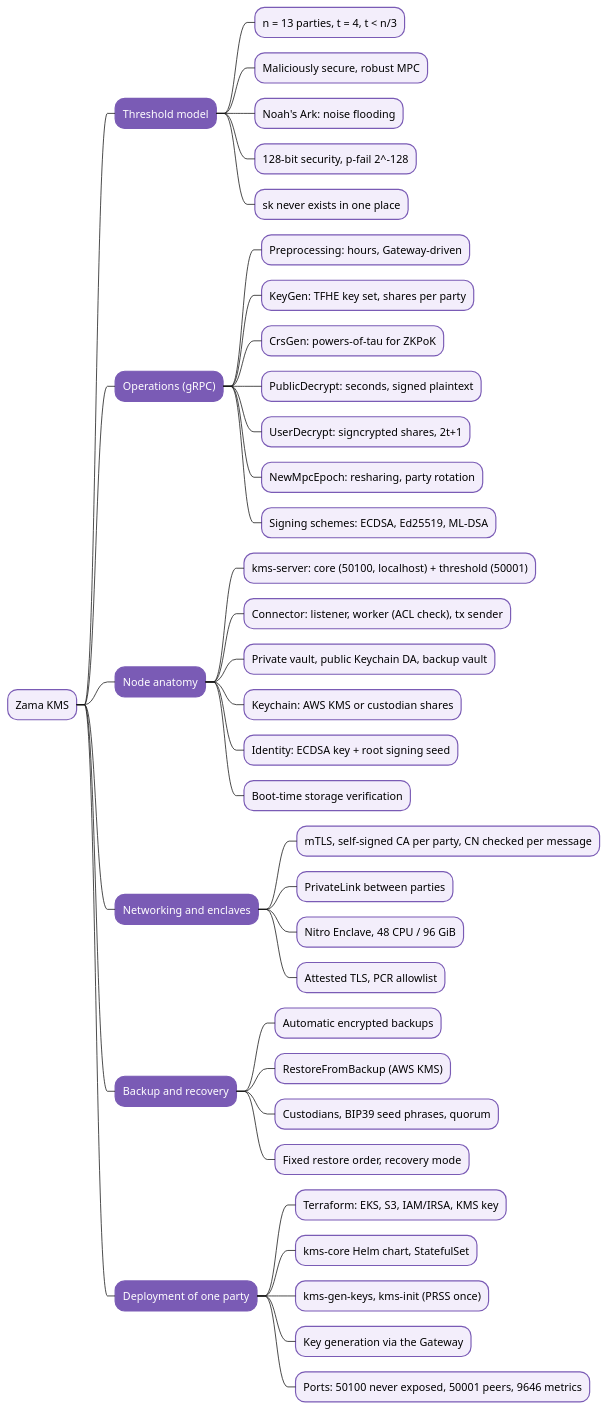
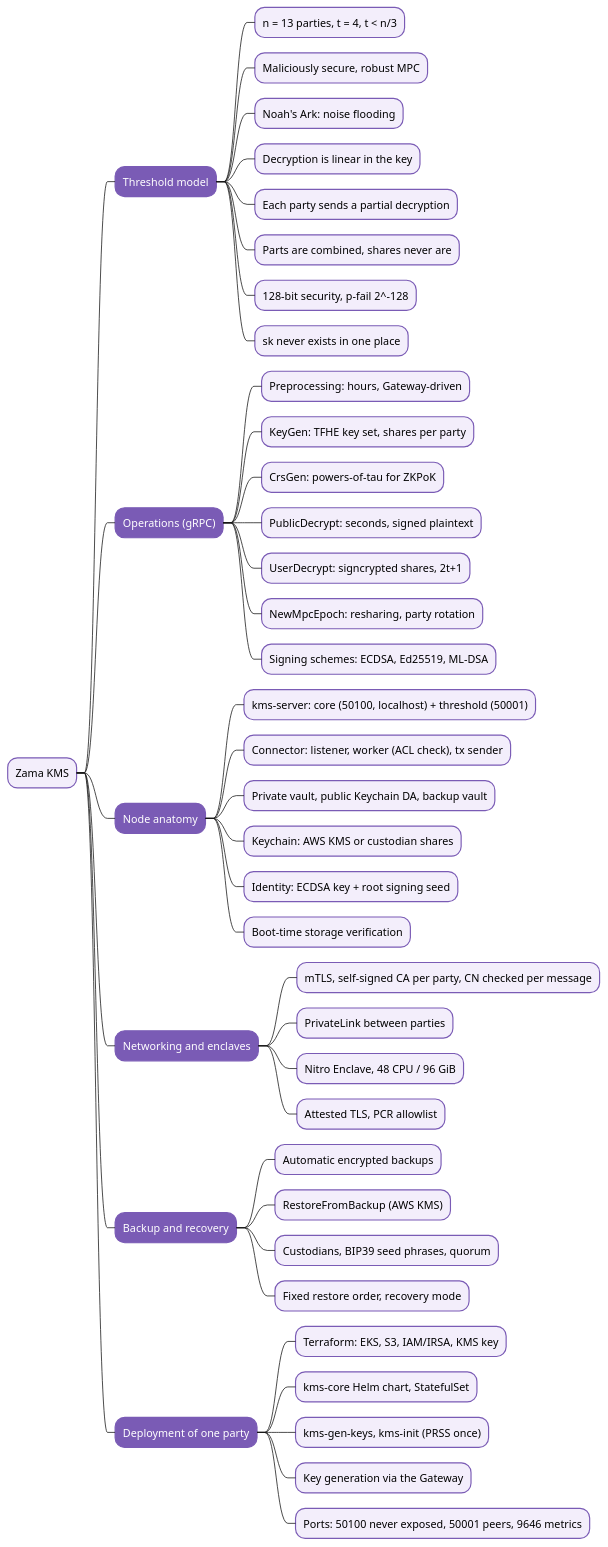
The diagram in assets/article/blockchain/zamafhe/2026-09-18-zama-kms-mindmap.puml (rya-sge/access-denied), drawn with PlantUML before and after one commit. The commit also changed 50 other files, not shown here.

```diff
--- a/assets/article/blockchain/zamafhe/2026-09-18-zama-kms-mindmap.puml
+++ b/assets/article/blockchain/zamafhe/2026-09-18-zama-kms-mindmap.puml
@@ -1,52 +1,55 @@
 @startmindmap
 <style>
 mindmapDiagram {
   node {
     BackgroundColor #F3EEFB
     LineColor #7A5BB5
   }
   :depth(1) {
     BackgroundColor #7A5BB5
     FontColor white
   }
 }
 </style>
 * Zama KMS
 ** Threshold model
 *** n = 13 parties, t = 4, t < n/3
 *** Maliciously secure, robust MPC
 *** Noah's Ark: noise flooding
+*** Decryption is linear in the key
+*** Each party sends a partial decryption
+*** Parts are combined, shares never are
 *** 128-bit security, p-fail 2^-128
 *** sk never exists in one place
 ** Operations (gRPC)
 *** Preprocessing: hours, Gateway-driven
 *** KeyGen: TFHE key set, shares per party
 *** CrsGen: powers-of-tau for ZKPoK
 *** PublicDecrypt: seconds, signed plaintext
 *** UserDecrypt: signcrypted shares, 2t+1
 *** NewMpcEpoch: resharing, party rotation
 *** Signing schemes: ECDSA, Ed25519, ML-DSA
 ** Node anatomy
 *** kms-server: core (50100, localhost) + threshold (50001)
 *** Connector: listener, worker (ACL check), tx sender
 *** Private vault, public Keychain DA, backup vault
 *** Keychain: AWS KMS or custodian shares
 *** Identity: ECDSA key + root signing seed
 *** Boot-time storage verification
 ** Networking and enclaves
 *** mTLS, self-signed CA per party, CN checked per message
 *** PrivateLink between parties
 *** Nitro Enclave, 48 CPU / 96 GiB
 *** Attested TLS, PCR allowlist
 ** Backup and recovery
 *** Automatic encrypted backups
 *** RestoreFromBackup (AWS KMS)
 *** Custodians, BIP39 seed phrases, quorum
 *** Fixed restore order, recovery mode
 ** Deployment of one party
 *** Terraform: EKS, S3, IAM/IRSA, KMS key
 *** kms-core Helm chart, StatefulSet
 *** kms-gen-keys, kms-init (PRSS once)
 *** Key generation via the Gateway
 *** Ports: 50100 never exposed, 50001 peers, 9646 metrics
 @endmindmap
```
